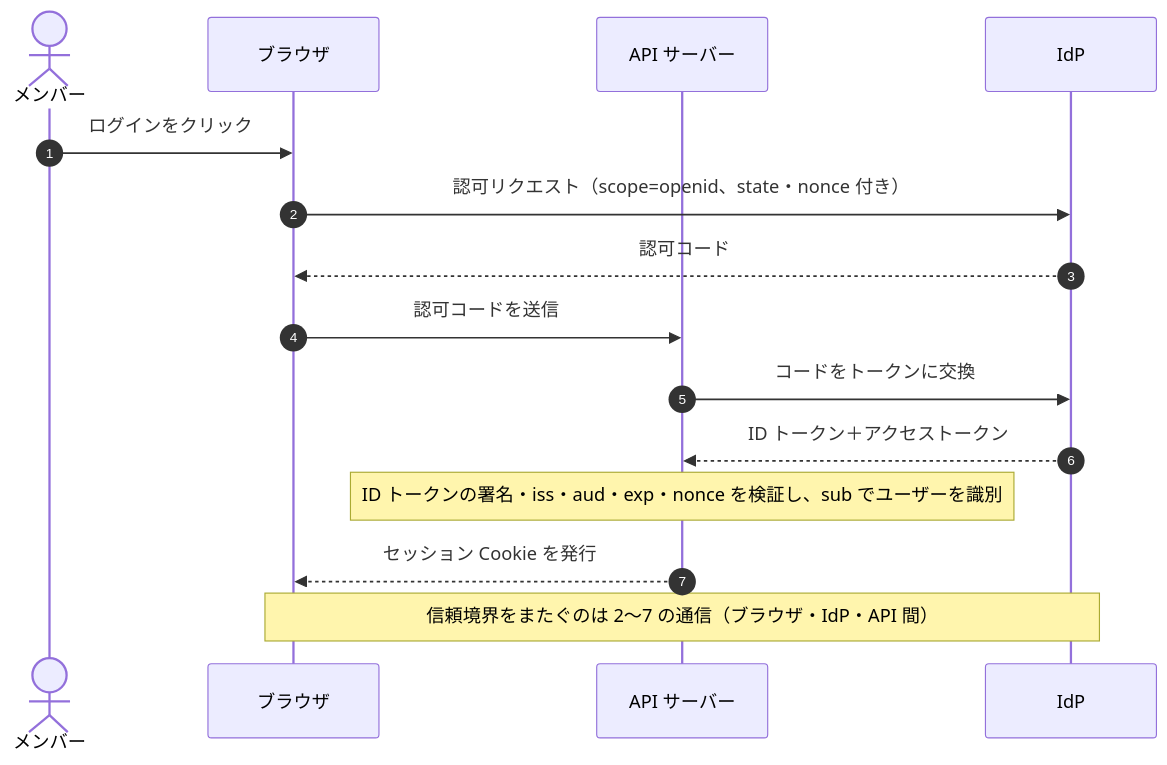
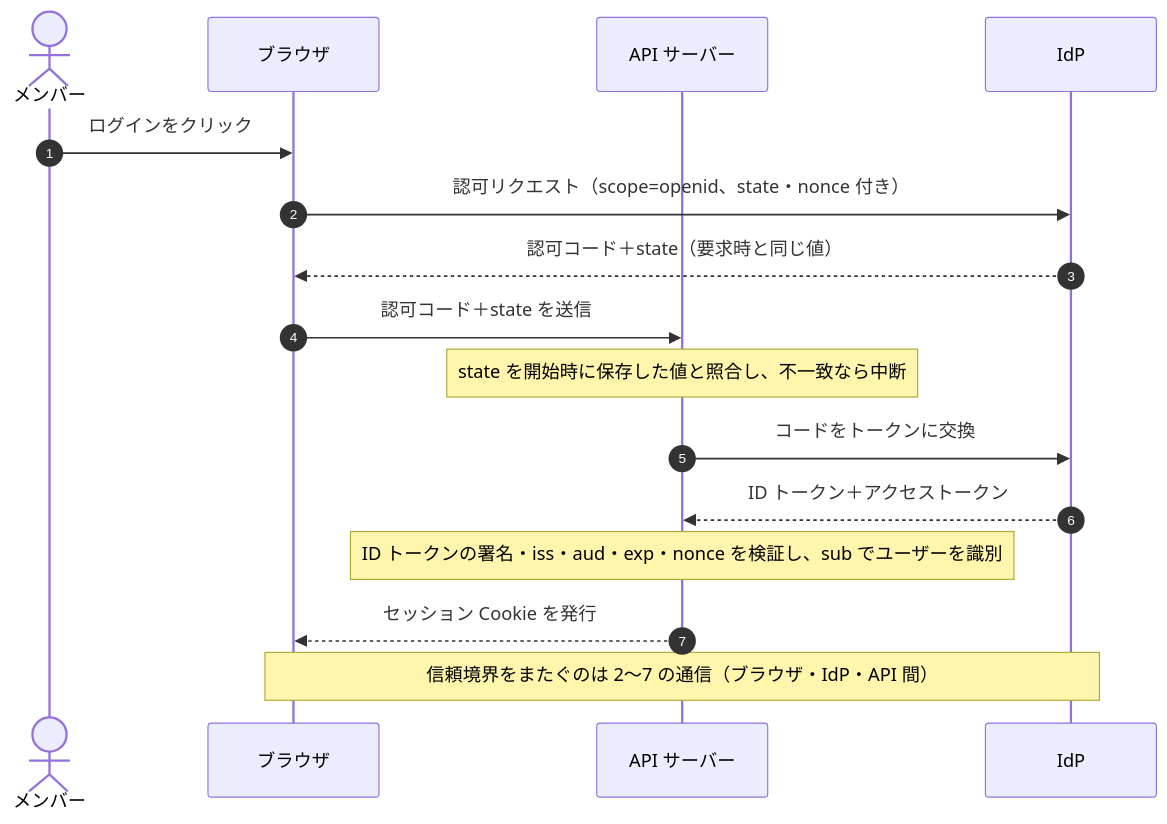
One commit to myoshi2891/Security_Studies changed the third of 9 diagrams in Threat-modeling-guide.md. Above: the diagram before and after it, drawn with Mermaid. The commit also changed other lines of this file and 2 other files, not shown here.

Commit message:
docs: cover ephemeral containers in latest-tag policy, clarify quarantine isolation, split OIDC DFD flows with state check, classify TM-004 as T+E

````diff
--- a/Threat-modeling-guide.md
+++ b/Threat-modeling-guide.md
@@ -304,18 +306,19 @@
 ```mermaid
 sequenceDiagram
     autonumber
     actor M as メンバー
     participant B as ブラウザ
     participant A as API サーバー
     participant I as IdP
 
     M->>B: ログインをクリック
     B->>I: 認可リクエスト（scope=openid、state・nonce 付き）
-    I-->>B: 認可コード
-    B->>A: 認可コードを送信
+    I-->>B: 認可コード＋state（要求時と同じ値）
+    B->>A: 認可コード＋state を送信
+    Note over A: state を開始時に保存した値と照合し、不一致なら中断
     A->>I: コードをトークンに交換
     I-->>A: ID トークン＋アクセストークン
     Note over A: ID トークンの署名・iss・aud・exp・nonce を検証し、sub でユーザーを識別
     A-->>B: セッション Cookie を発行
     Note over B,I: 信頼境界をまたぐのは 2〜7 の通信（ブラウザ・IdP・API 間）
 ```
````
